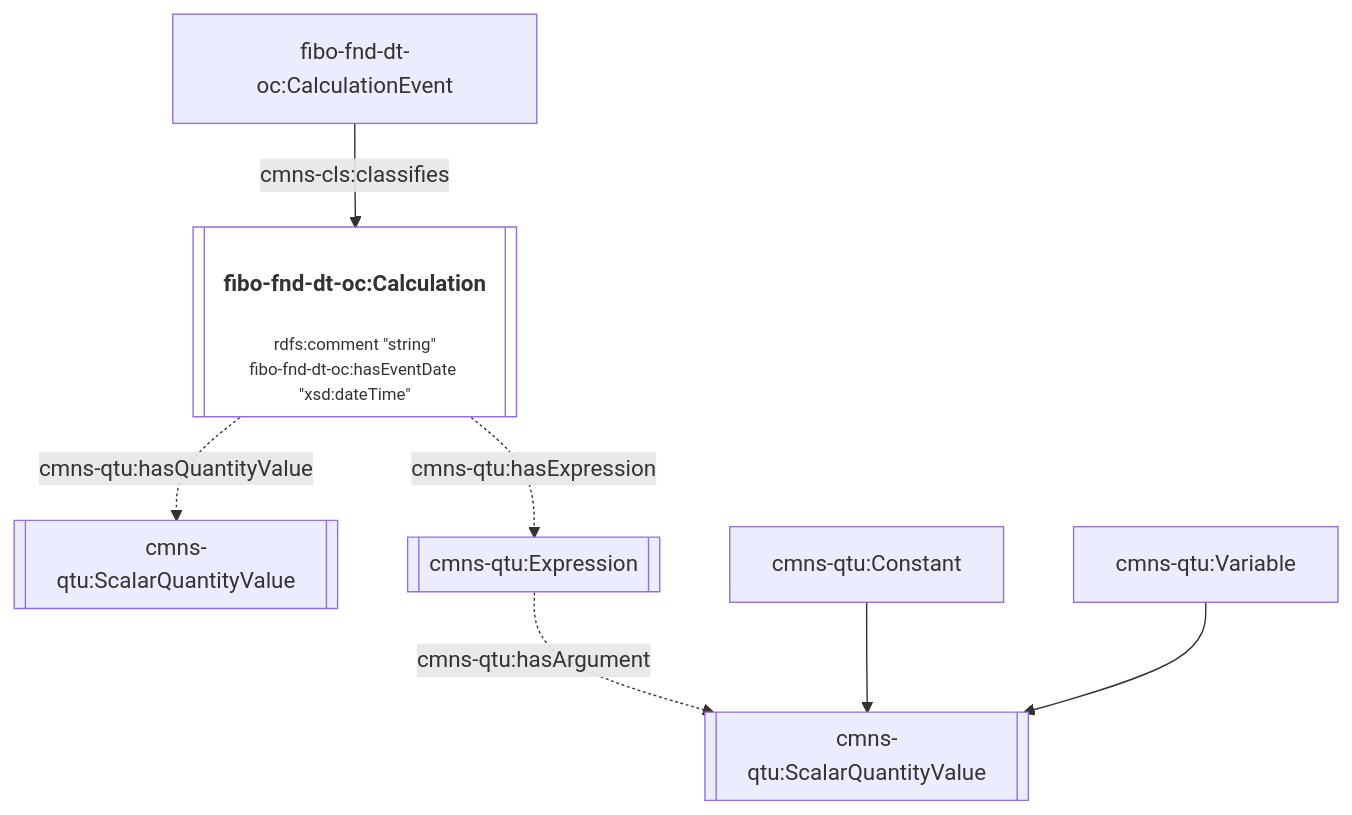
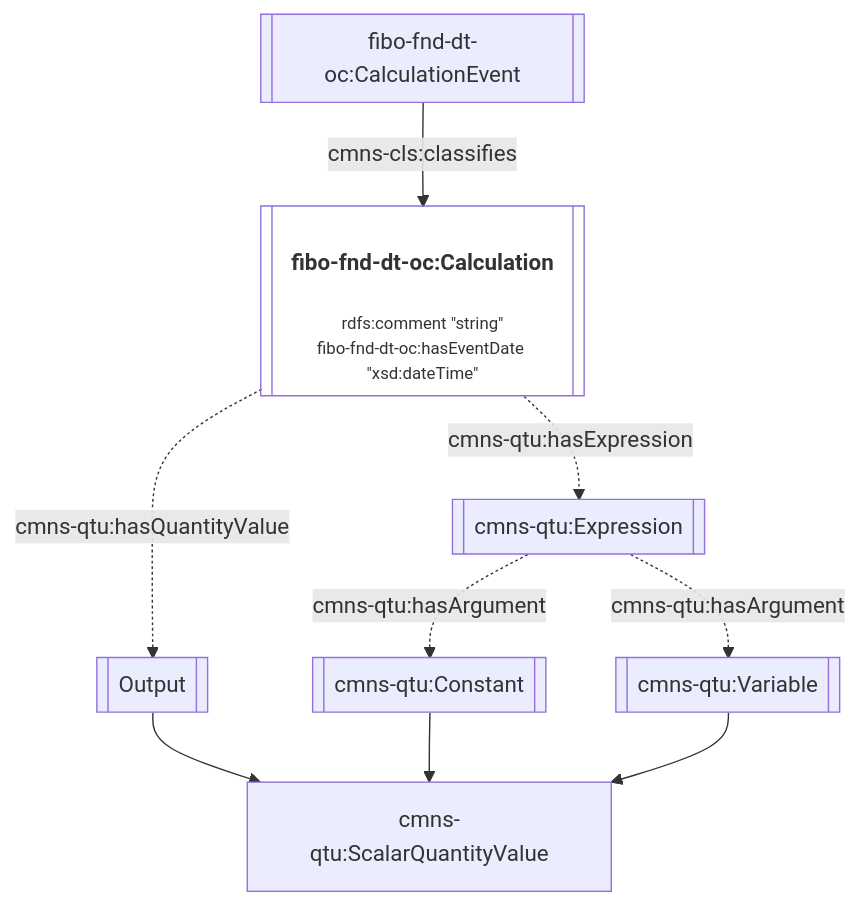
The ninth of 12 diagrams in JPS_Ontology/ontology/ontoservice/README.md (cambridge-cares/TheWorldAvatar), drawn with Mermaid before and after one commit. The commit also changed other lines of this file and 2 other files, not shown here.

````diff
--- a/JPS_Ontology/ontology/ontoservice/README.md
+++ b/JPS_Ontology/ontology/ontoservice/README.md
@@ -393,16 +391,18 @@
 ```mermaid
 flowchart TD
     %% Styling
     classDef literal fill:none
     classDef node overflow-wrap:break-word,text-wrap:pretty
     linkStyle default overflow-wrap:break-word,text-wrap:pretty;
 
     %% Contents
-    CalculationEvent[fibo-fnd-dt-oc:CalculationEvent] -- cmns-cls:classifies --> Calculation[["<h4>fibo-fnd-dt-oc:Calculation</h4><p style='font-size:0.75rem;'>rdfs:comment &quot;string&quot;<br>fibo-fnd-dt-oc:hasEventDate &quot;xsd:dateTime&quot;</p>"]]:::literal
+    CalculationEvent[[fibo-fnd-dt-oc:CalculationEvent]] -- cmns-cls:classifies --> Calculation[["<h4>fibo-fnd-dt-oc:Calculation</h4><p style='font-size:0.75rem;'>rdfs:comment &quot;string&quot;<br>fibo-fnd-dt-oc:hasEventDate &quot;xsd:dateTime&quot;</p>"]]:::literal
 
-    Calculation -. cmns-qtu:hasQuantityValue .-> OutputValue[[cmns-qtu:ScalarQuantityValue]]
+    Calculation -. cmns-qtu:hasQuantityValue .-> OutputValue[[Output]]
     Calculation -. cmns-qtu:hasExpression .-> Expression[[cmns-qtu:Expression]]
-    Expression -. cmns-qtu:hasArgument .-> InputValue[[cmns-qtu:ScalarQuantityValue]]
-    cmns-qtu:Constant --> InputValue
-    cmns-qtu:Variable --> InputValue
+    Expression -. cmns-qtu:hasArgument .-> Constant[[cmns-qtu:Constant]]
+    Expression -. cmns-qtu:hasArgument .-> Variable[[cmns-qtu:Variable]]
+    OutputValue --> Input[cmns-qtu:ScalarQuantityValue]
+    Constant --> Input
+    Variable --> Input
 ```
````
